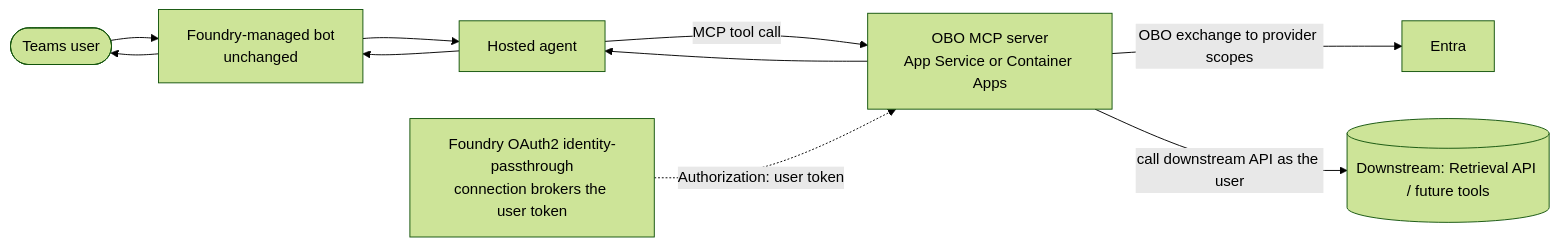
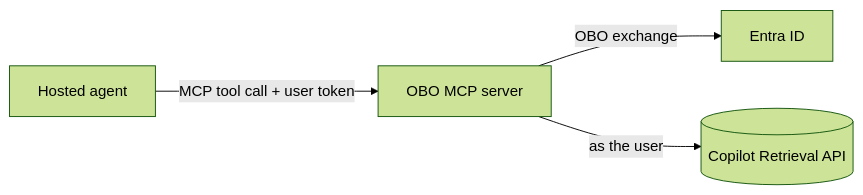
The diagram in foundryagents/hostedagent/sharepoint-copilot-retrieval/obo-mcp-server/README.md (Heenanl/Foundry_EnterpriseAgents), drawn with Mermaid (forest theme) before and after one commit. The commit also changed other lines of this file and 22 other files, not shown here.

````diff
--- a/foundryagents/hostedagent/sharepoint-copilot-retrieval/obo-mcp-server/README.md
+++ b/foundryagents/hostedagent/sharepoint-copilot-retrieval/obo-mcp-server/README.md
@@ -11,9 +9,6 @@
 ```mermaid
 flowchart LR
-    U([Teams user]) --> BOT[Foundry-managed bot<br/>unchanged] --> AG[Hosted agent]
-    AG -->|MCP tool call| GW["OBO MCP server<br/>App Service or Container Apps"]
-    F[Foundry OAuth2 identity-passthrough<br/>connection brokers the user token] -.->|Authorization: user token| GW
-    GW -->|OBO exchange to provider scopes| E[Entra]
-    GW -->|call downstream API as the user| D[(Downstream: Retrieval API / future tools)]
-    GW --> AG --> BOT --> U
+    AG[Hosted agent] -->|MCP tool call + user token| GW[OBO MCP server]
+    GW -->|OBO exchange| E[Entra ID]
+    GW -->|as the user| D[(Copilot Retrieval API)]
 ```
````
